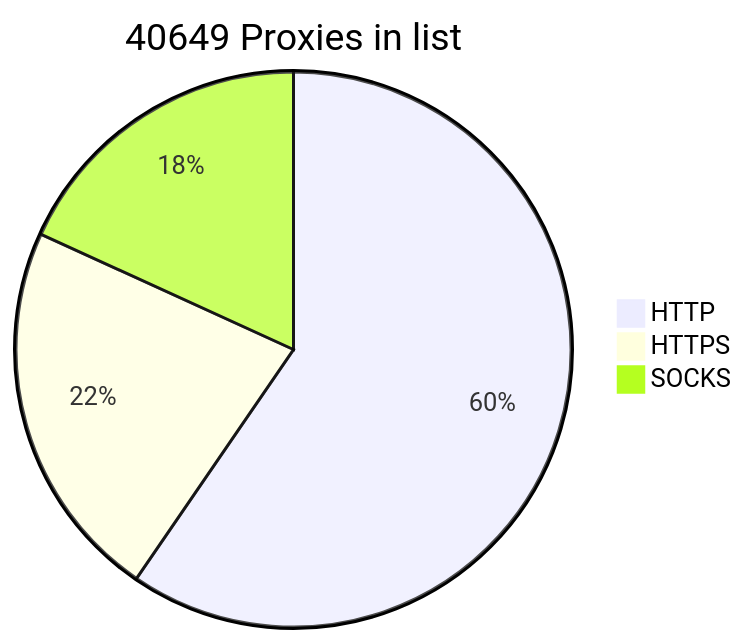
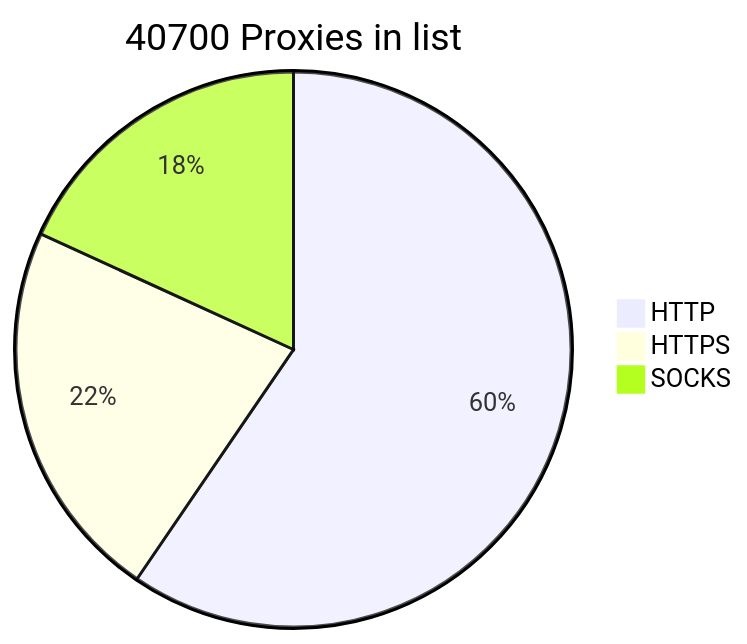
Before and after one commit to BlackSnowDot/proxylist-update-every-minute: the diagram in README.md, drawn with Mermaid.

````diff
--- a/README.md
+++ b/README.md
@@ -2,6 +2,6 @@
 ```mermaid
-pie title 40649 Proxies in list
-    "HTTP" : 28408
-    "HTTPS": 10611
-    "SOCKS" : 8673
+pie title 40700 Proxies in list
+    "HTTP" : 28420
+    "HTTPS": 10645
+    "SOCKS" : 8677
 ```
````
